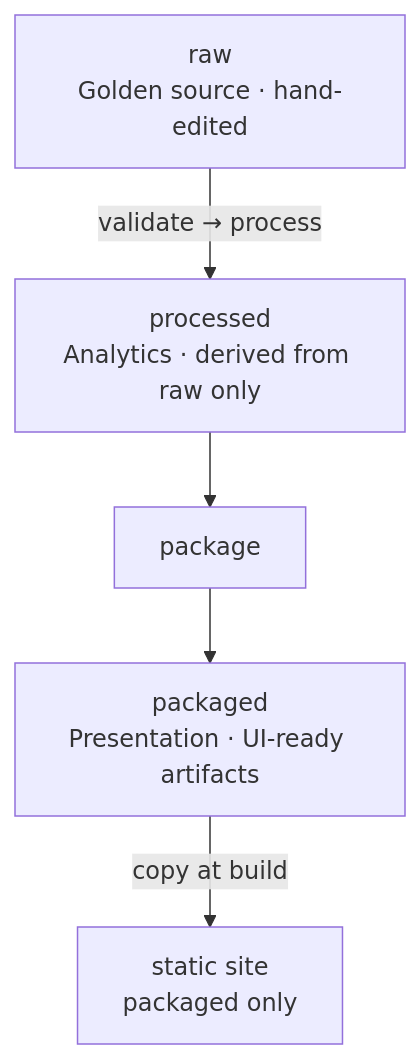
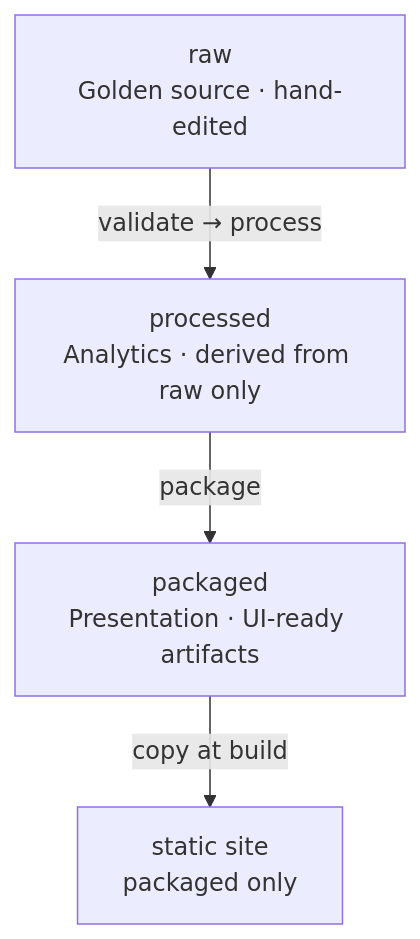
The diagram in docs/adr/adr-003-data-layers.md (ruslanbes/eurovision-top-20), drawn with Mermaid before and after one commit. The commit also changed 9 other files, not shown here.

````diff
--- a/docs/adr/adr-003-data-layers.md
+++ b/docs/adr/adr-003-data-layers.md
@@ -17,12 +17,11 @@
 ```mermaid
 flowchart TB
   raw["raw<br/>Golden source · hand-edited"]
   processed["processed<br/>Analytics · derived from raw only"]
   packaged["packaged<br/>Presentation · UI-ready artifacts"]
   site["static site<br/>packaged only"]
 
   raw -->|"validate → process"| processed
-  processed --> package["package"]
-  package --> packaged
+  processed -->|"package"| packaged
   packaged -->|"copy at build"| site
 ```
````
